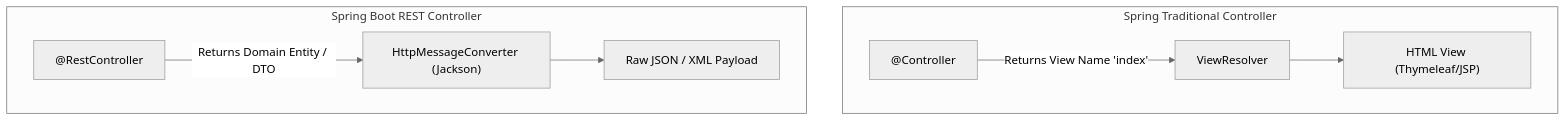
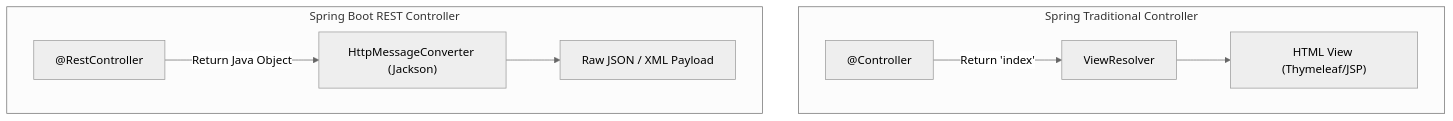
Before and after one commit to sakousa856-sketch/java-spring-for-developers-khmer: the diagram in 04-spring-boot/04-spring-boot-with-rest-api/02-rest-controller/README.md, drawn with Mermaid (neutral theme). The commit also changed other lines of this file and 290 other files, not shown here.

````diff
--- a/04-spring-boot/04-spring-boot-with-rest-api/02-rest-controller/README.md
+++ b/04-spring-boot/04-spring-boot-with-rest-api/02-rest-controller/README.md
@@ -46,9 +44,9 @@
 ```mermaid
 flowchart TD
     subgraph SpringMVC ["Spring Traditional Controller"]
-        C["@Controller"] -->|Returns View Name 'index'| VR["ViewResolver"] --> HTML["HTML View (Thymeleaf/JSP)"]
+        C["@Controller"] -->|Return 'index'| VR["ViewResolver"] --> HTML["HTML View (Thymeleaf/JSP)"]
     end
     subgraph SpringBootREST ["Spring Boot REST Controller"]
-        RC["@RestController"] -->|Returns Domain Entity / DTO| MC["HttpMessageConverter (Jackson)"] --> JSON["Raw JSON / XML Payload"]
+        RC["@RestController"] -->|Return Java Object| MC["HttpMessageConverter (Jackson)"] --> JSON["Raw JSON / XML Payload"]
     end
 ```
````
